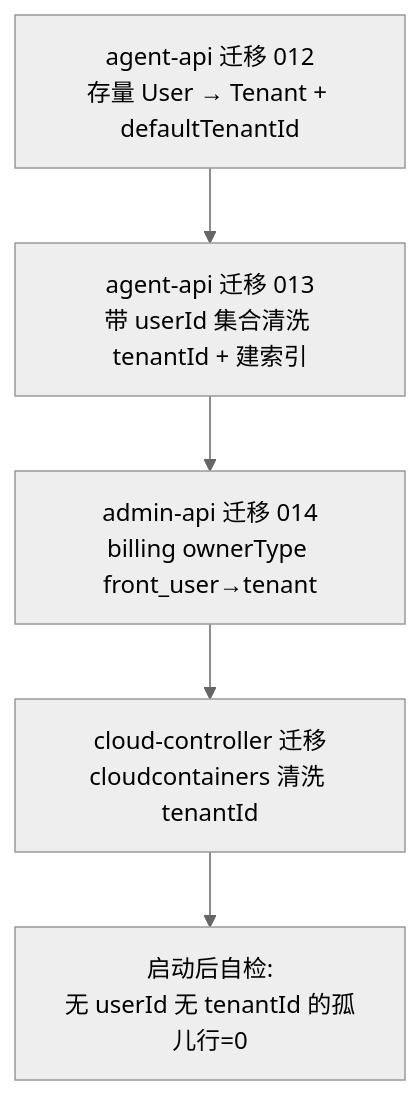
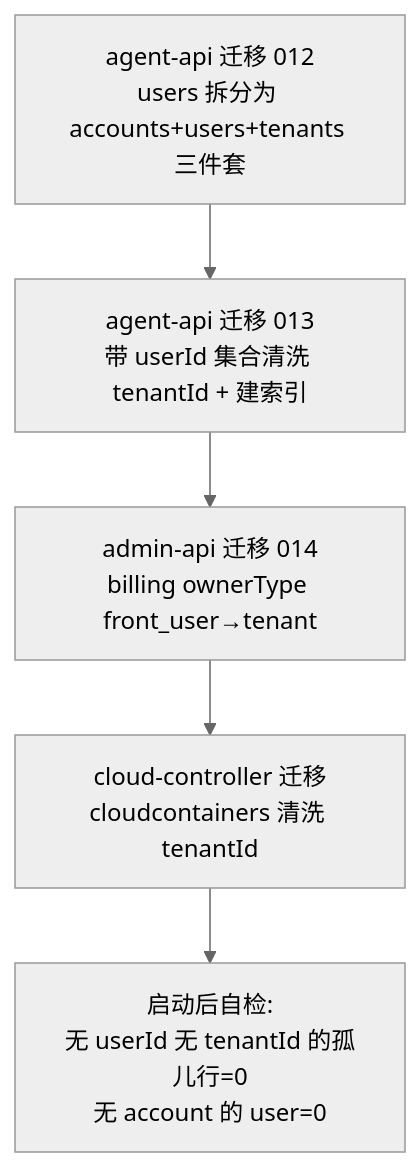
One commit to Deliay/z-agent-gear changed the sixth of 6 diagrams in docs/engineering/proposals/20261027-feat-multi-tenant-phase1.md. Above: the diagram before and after it, drawn with Mermaid (neutral theme). The commit also changed other lines of this file and 3 other files, not shown here.

````diff
--- a/docs/engineering/proposals/20261027-feat-multi-tenant-phase1.md
+++ b/docs/engineering/proposals/20261027-feat-multi-tenant-phase1.md
@@ -300,7 +367,7 @@
 ```mermaid
 flowchart TD
-    M1[agent-api 迁移 012<br/>存量 User → Tenant + defaultTenantId] --> M2[agent-api 迁移 013<br/>带 userId 集合清洗 tenantId + 建索引]
+    M1[agent-api 迁移 012<br/>users 拆分为 accounts+users+tenants 三件套] --> M2[agent-api 迁移 013<br/>带 userId 集合清洗 tenantId + 建索引]
     M2 --> M3[admin-api 迁移 014<br/>billing ownerType front_user→tenant]
     M3 --> M4[cloud-controller 迁移<br/>cloudcontainers 清洗 tenantId]
-    M4 --> V[启动后自检:<br/>无 userId 无 tenantId 的孤儿行=0]
+    M4 --> V[启动后自检:<br/>无 userId 无 tenantId 的孤儿行=0<br/>无 account 的 user=0]
 ```
````
